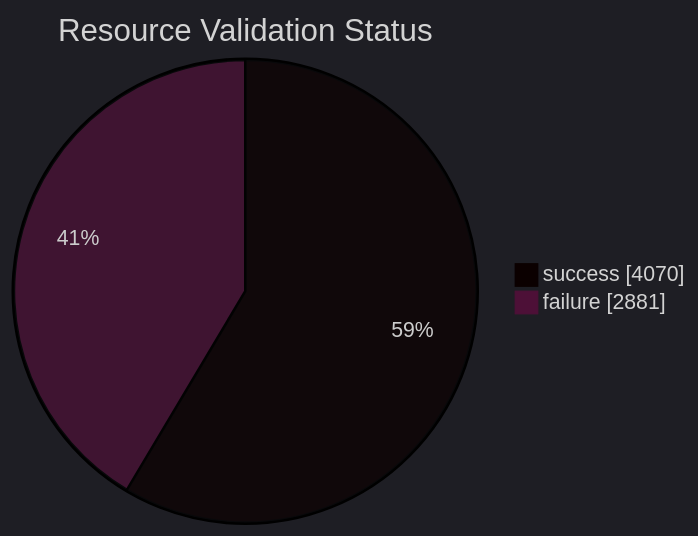
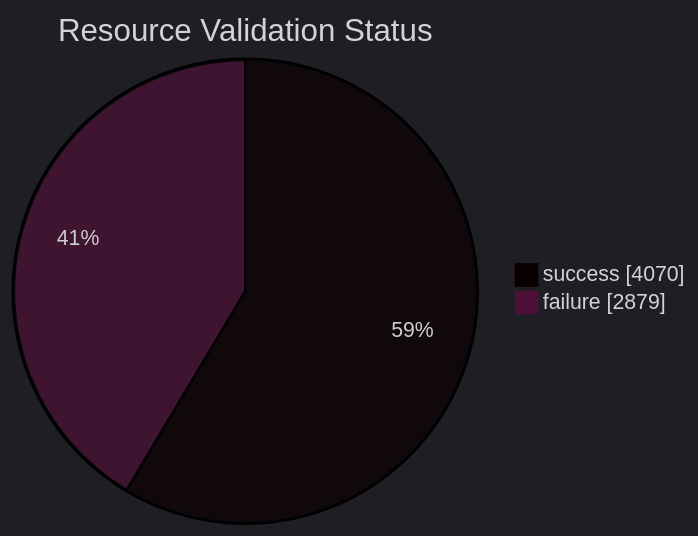
Before and after one commit to open-data/analytics-corporate-reporting: the diagram in datastore_tracker/resource_validation_status_pie_chart.md, drawn with Mermaid. The commit also changed 11 other files, not shown here.

````diff
--- a/datastore_tracker/resource_validation_status_pie_chart.md
+++ b/datastore_tracker/resource_validation_status_pie_chart.md
@@ -2,9 +2,9 @@
 ```mermaid
 ---
 config:
   theme: dark
 ---
 pie showData title Resource Validation Status
     "success": 4070
-    "failure": 2881
+    "failure": 2879
 ```
````
